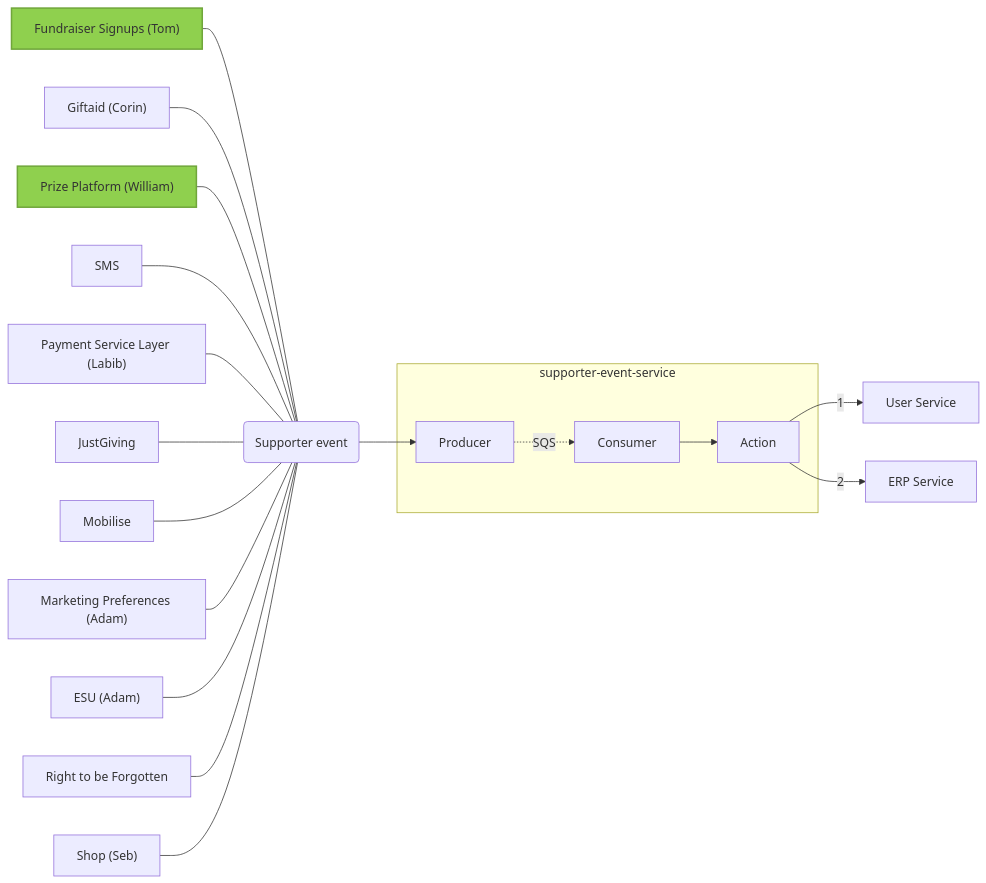
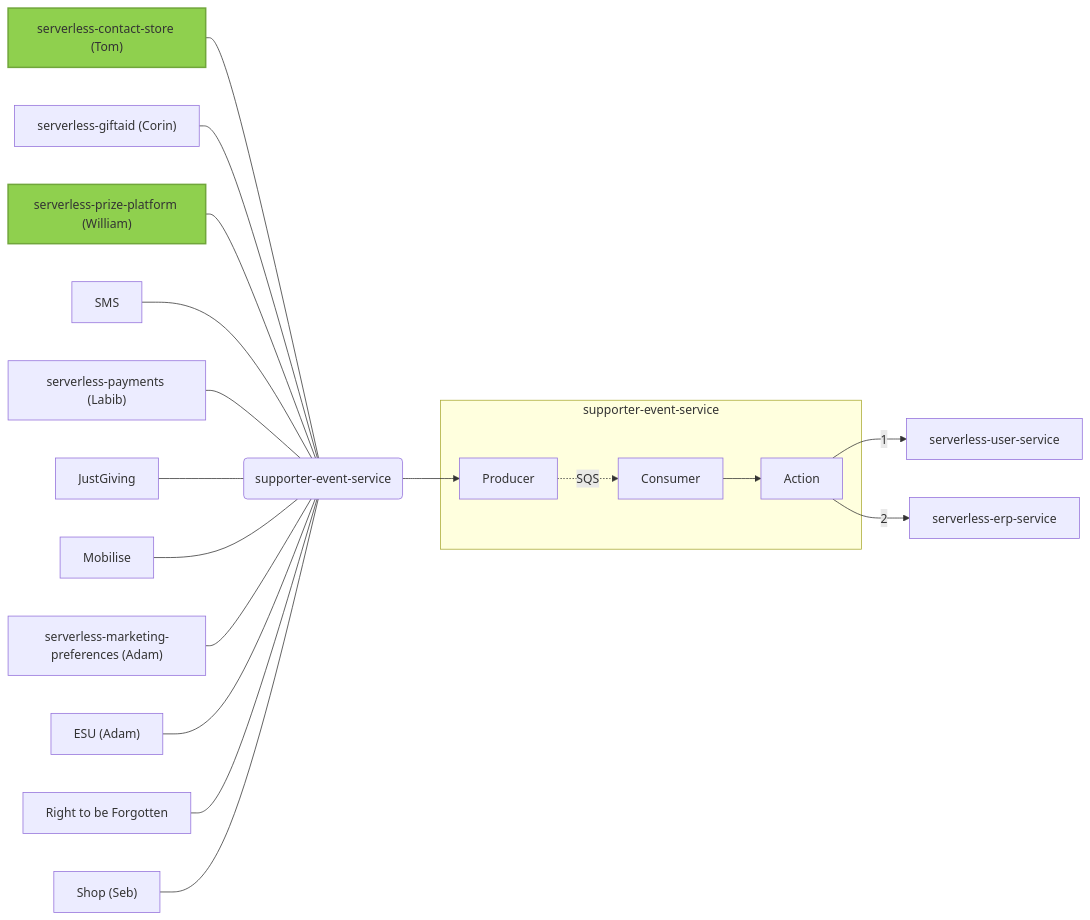
Before and after one commit to comicrelief/engineering-handbook: the diagram in docs/architecture.md, drawn with Mermaid. The commit also changed other lines of this file, not shown here.

Commit message:
fixup! docs: add Supporter Events Service details

````diff
--- a/docs/architecture.md
+++ b/docs/architecture.md
@@ -25,41 +27,41 @@
 ```mermaid
 graph LR
-  fundraiser-signups["Fundraiser Signups (Tom)"] --- event
-  giftaid["Giftaid (Corin)"] --- event
-  prize-platform["Prize Platform (William)"] --- event
+  fundraiser-signups["serverless-contact-store (Tom)"] --- event
+  giftaid["serverless-giftaid (Corin)"] --- event
+  prize-platform["serverless-prize-platform (William)"] --- event
   sms[SMS] --- event
-  psl["Payment Service Layer (Labib)"] --- event
+  psl["serverless-payments (Labib)"] --- event
   justgiving[JustGiving] --- event
   mobilise[Mobilise] --- event
-  marketing-prefs["Marketing Preferences (Adam)"] --- event
+  marketing-prefs["serverless-marketing-preferences (Adam)"] --- event
   esu["ESU (Adam)"] --- event
   rtbf[Right to be Forgotten] --- event
   shop["Shop (Seb)"] --- event
 
-  event(Supporter event) --> producer
+  event(supporter-event-service) --> producer
 
   subgraph supporter-event-service
     producer[Producer] -. SQS .-> consumer[Consumer]
     consumer --> action[Action]
   end
 
-  action -- 1 --> user-service[User Service]
-  action -- 2 --> erp-service[ERP Service]
+  action -- 1 --> user-service[serverless-user-service]
+  action -- 2 --> erp-service[serverless-erp-service]
 
   classDef green fill:#8fd04e,stroke:#70a63b,stroke-width:2px;
   class fundraiser-signups,prize-platform green
 
   click fundraiser-signups "https://github.com/comicrelief/serverless-contact-store" "Click to go to Contact Store repo"
   click giftaid "https://github.com/comicrelief/serverless-giftaid" "Click to go to Giftaid repo"
   click prize-platform "https://github.com/comicrelief/serverless-prize-platform" "Click to go to Prize Platform repo"
   click psl "https://github.com/comicrelief/serverless-payments" "Click to go to Payments repo"
   click marketing-prefs "https://github.com/comicrelief/serverless-marketing-preferences" "Click to go to Marketing Preferences repo"
 
   click event "https://github.com/comicrelief/supporter-event-service" "Click to go to Supporter Events Service repo"
   click producer "https://github.com/comicrelief/supporter-event-service" "Click to go to Supporter Events Service repo"
   click consumer "https://github.com/comicrelief/supporter-event-service" "Click to go to Supporter Events Service repo"
   click action "https://github.com/comicrelief/supporter-event-service" "Click to go to Supporter Events Service repo"
 
   click user-service "https://github.com/comicrelief/serverless-user-service" "Click to go to User Service repo"
   click erp-service "https://github.com/comicrelief/serverless-erp-service" "Click to go to ERP Service repo"
 ```
````
